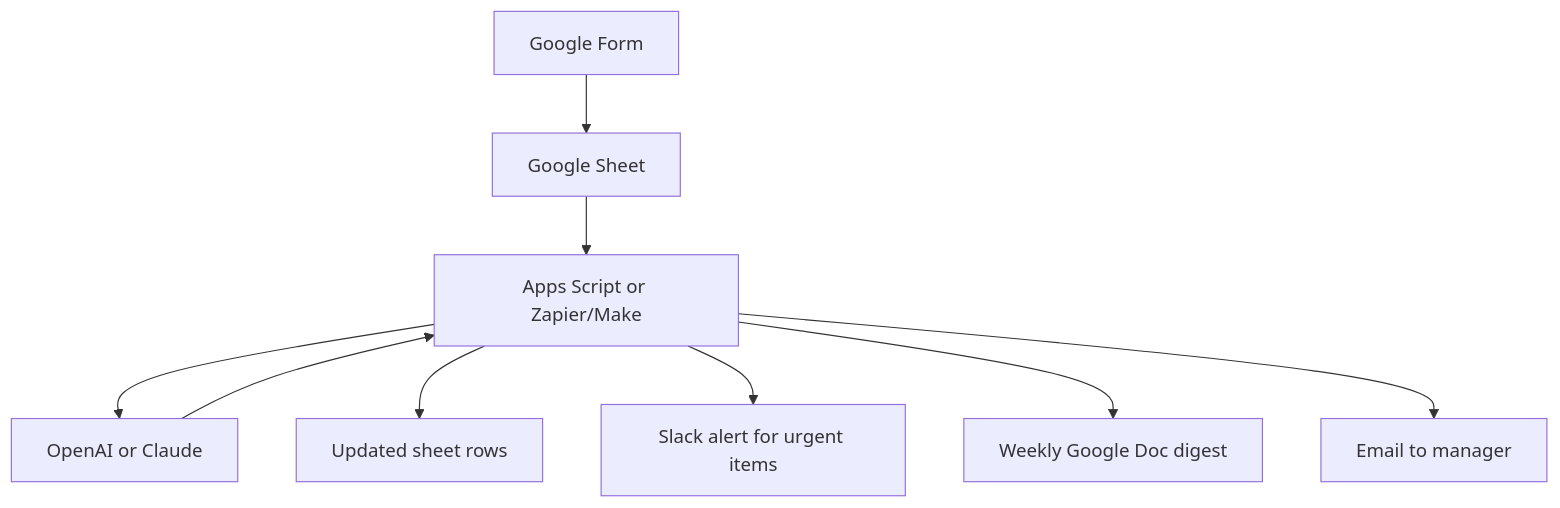
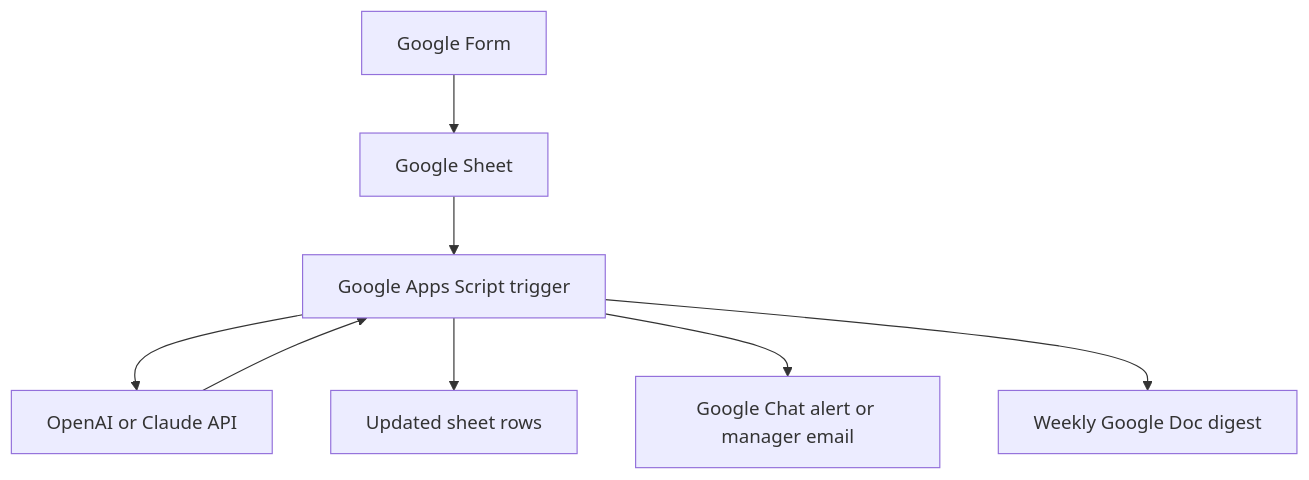
Before and after one commit to StevenB96/ai-sdlc-workflow-projects: the second of 2 diagrams in README.md, drawn with Mermaid. The commit also changed other lines of this file and 38 other files, not shown here.

````diff
--- a/README.md
+++ b/README.md
@@ -1332,11 +1496,10 @@
 ```mermaid
 flowchart TD
     A[Google Form] --> B[Google Sheet]
-    B --> C[Apps Script or Zapier/Make]
-    C --> D[OpenAI or Claude]
+    B --> C[Google Apps Script trigger]
+    C --> D[OpenAI or Claude API]
     D --> C
     C --> E[Updated sheet rows]
-    C --> F[Slack alert for urgent items]
+    C --> F[Google Chat alert or manager email]
     C --> G[Weekly Google Doc digest]
-    C --> H[Email to manager]
 ```
````
